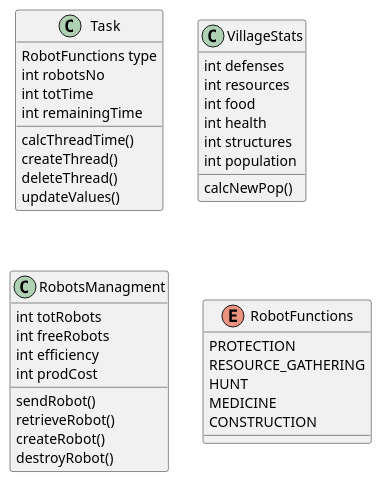
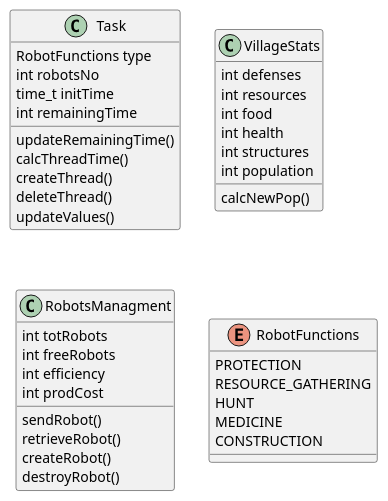
The diagram in extras/uml.wsd (AraujoVE/OSRobotsGame), drawn with PlantUML before and after one commit. The commit also changed 5 other files, not shown here.

```diff
--- a/extras/uml.wsd
+++ b/extras/uml.wsd
@@ -1,42 +1,43 @@
 @startuml
 
 class Task{
     RobotFunctions type
     int robotsNo
-    int totTime
+    time_t initTime
     int remainingTime
 
+    updateRemainingTime()
     calcThreadTime()
     createThread()
     deleteThread()
     updateValues()
 }
 class VillageStats{
     int defenses
     int resources
     int food     
     int health
     int structures
     int population
 
     calcNewPop()
 }
 class RobotsManagment{
     int totRobots
     int freeRobots
     int efficiency
     int prodCost
 
     sendRobot()
     retrieveRobot()
     createRobot()
     destroyRobot()
 }
 enum RobotFunctions{
     PROTECTION
     RESOURCE_GATHERING
     HUNT
     MEDICINE
     CONSTRUCTION
 }
 @enduml
```
